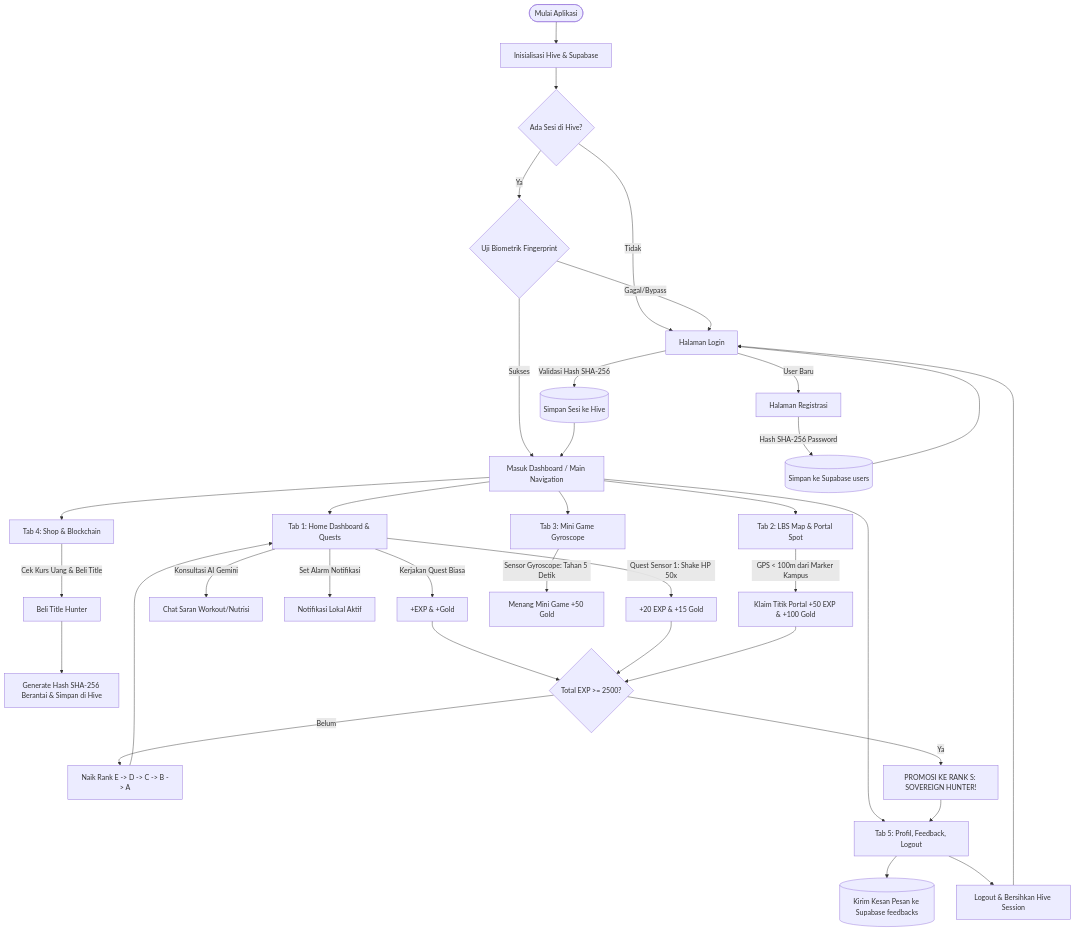
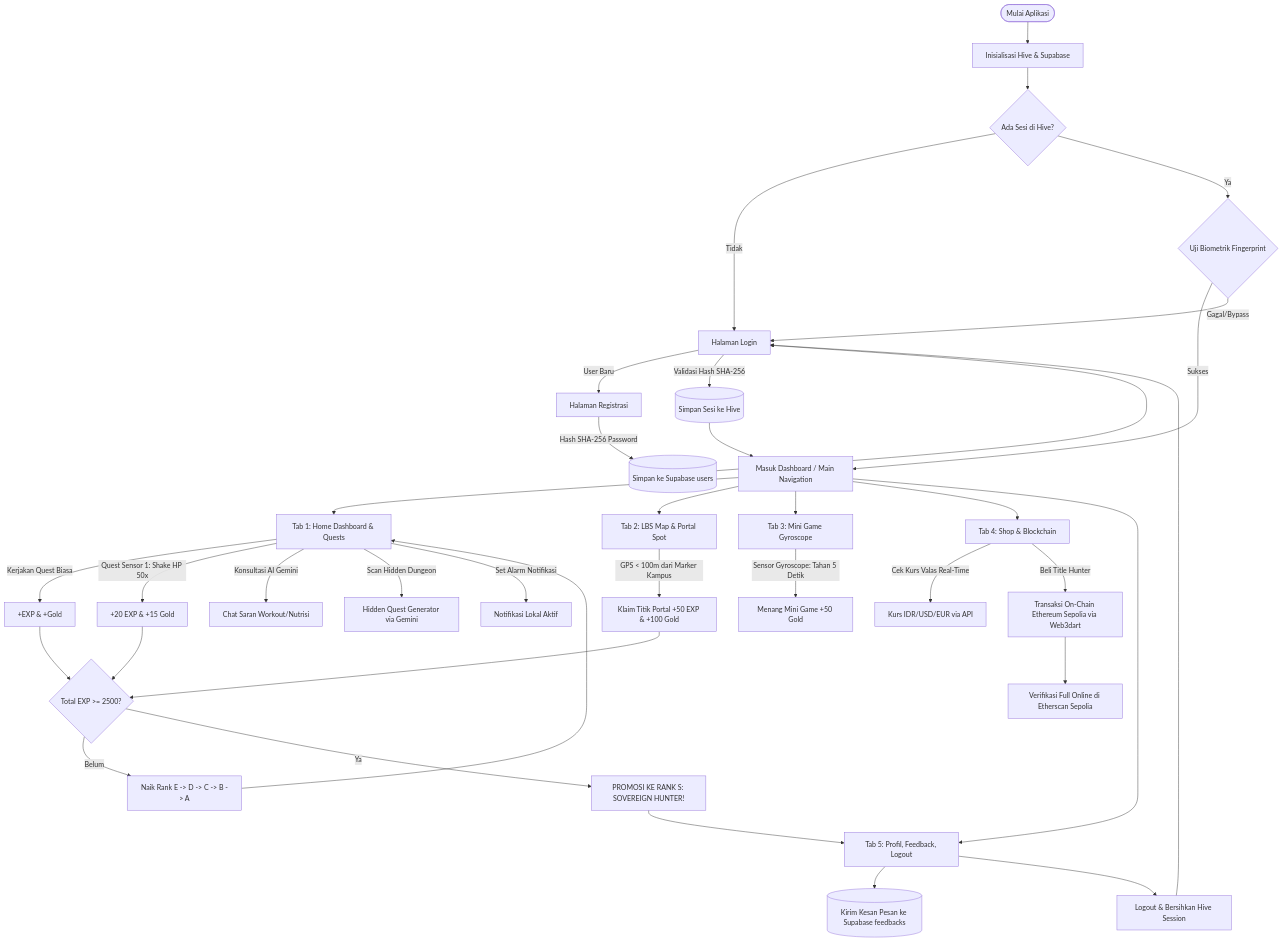
The diagram in docs/alur_aplikasi_end_to_end_levmax.md (Ade-Nugraha48/levmax_v2), drawn with Mermaid before and after one commit. The commit also changed other lines of this file and 6 other files, not shown here.

````diff
--- a/docs/alur_aplikasi_end_to_end_levmax.md
+++ b/docs/alur_aplikasi_end_to_end_levmax.md
@@ -9,49 +9,51 @@
 ```mermaid
 flowchart TD
     Start([Mulai Aplikasi]) --> Splash[Inisialisasi Hive & Supabase]
     Splash --> CheckSession{Ada Sesi di Hive?}
     
     %% Alur Auth
     CheckSession -- Tidak --> LoginScreen[Halaman Login]
     CheckSession -- Ya --> BiometricPrompt{Uji Biometrik Fingerprint}
     BiometricPrompt -- Sukses --> MainNav[Masuk Dashboard / Main Navigation]
     BiometricPrompt -- Gagal/Bypass --> LoginScreen
     
     LoginScreen -->|User Baru| RegisterScreen[Halaman Registrasi]
     RegisterScreen -->|Hash SHA-256 Password| SupabaseRegister[(Simpan ke Supabase users)]
     SupabaseRegister --> LoginScreen
     LoginScreen -->|Validasi Hash SHA-256| SaveSession[(Simpan Sesi ke Hive)]
     SaveSession --> MainNav
 
     %% Dashboard & Tabs
     MainNav --> Tab1[Tab 1: Home Dashboard & Quests]
     MainNav --> Tab2[Tab 2: LBS Map & Portal Spot]
     MainNav --> Tab3[Tab 3: Mini Game Gyroscope]
     MainNav --> Tab4[Tab 4: Shop & Blockchain]
     MainNav --> Tab5[Tab 5: Profil, Feedback, Logout]
 
     %% Aktivitas & Kenaikan Rank
     Tab1 -->|Kerjakan Quest Biasa| AddEXP1[+EXP & +Gold]
     Tab1 -->|Quest Sensor 1: Shake HP 50x| AddEXP2[+20 EXP & +15 Gold]
     Tab1 -->|Konsultasi AI Gemini| AIChat[Chat Saran Workout/Nutrisi]
+    Tab1 -->|Scan Hidden Dungeon| LLMQuest[Hidden Quest Generator via Gemini]
     Tab1 -->|Set Alarm Notifikasi| TriggerNotif[Notifikasi Lokal Aktif]
 
     Tab2 -->|GPS < 100m dari Marker Kampus| ClaimPortal[Klaim Titik Portal +50 EXP & +100 Gold]
     
     Tab3 -->|Sensor Gyroscope: Tahan 5 Detik| WinGame[Menang Mini Game +50 Gold]
     
-    Tab4 -->|Cek Kurs Uang & Beli Title| BuyItem[Beli Title Hunter]
-    BuyItem --> GenBlock[Generate Hash SHA-256 Berantai & Simpan di Hive]
+    Tab4 -->|Cek Kurs Valas Real-Time| LiveForex[Kurs IDR/USD/EUR via API]
+    Tab4 -->|Beli Title Hunter| Web3Tx[Transaksi On-Chain Ethereum Sepolia via Web3dart]
+    Web3Tx --> EtherscanProof[Verifikasi Full Online di Etherscan Sepolia]
 
     %% Puncak Rank S
     AddEXP1 & AddEXP2 & ClaimPortal --> CheckEXP{Total EXP >= 2500?}
     CheckEXP -- Belum --> UpdateRank[Naik Rank E -> D -> C -> B -> A]
     UpdateRank --> Tab1
     CheckEXP -- Ya --> RankS[PROMOSI KE RANK S: SOVEREIGN HUNTER!]
 
     %% Selesai & Evaluasi
     RankS --> Tab5
     Tab5 --> SubmitFeedback[(Kirim Kesan Pesan ke Supabase feedbacks)]
     Tab5 --> Logout[Logout & Bersihkan Hive Session]
     Logout --> LoginScreen
 ```
````
